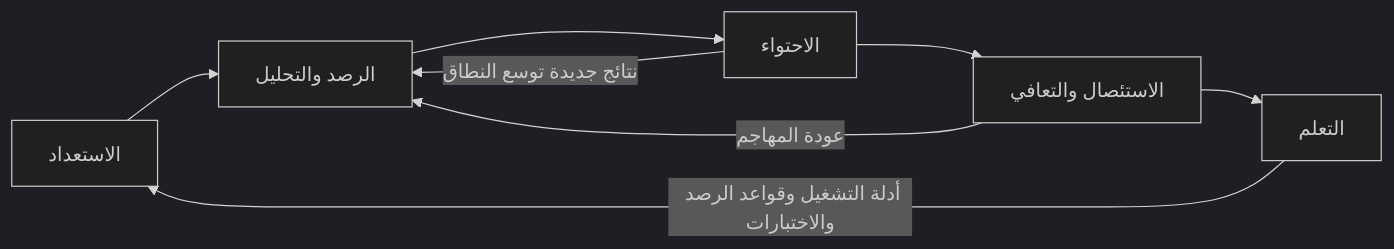
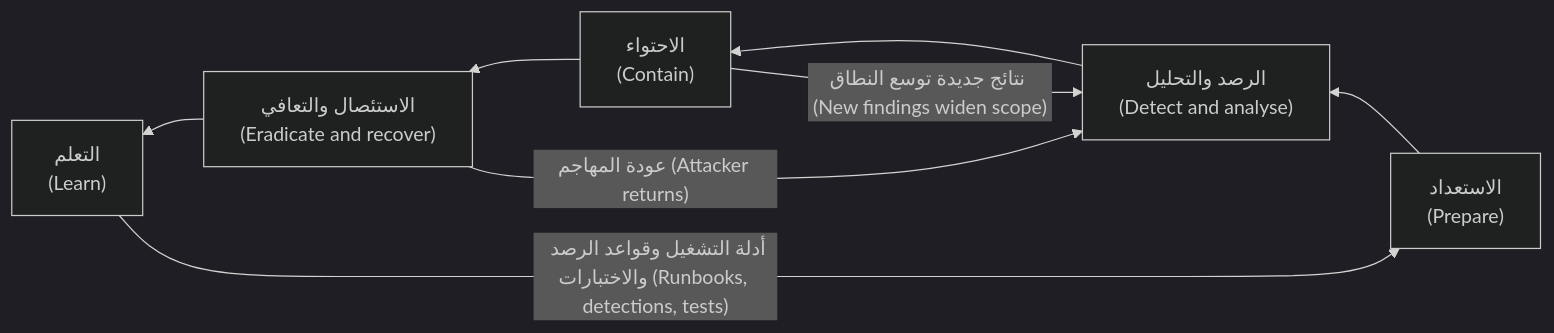
The second of 3 diagrams in secai/modules/10-response.ar.md (Tamoura/system-design-for-vibe-coders), drawn with Mermaid (dark theme) before and after one commit. The commit also changed other lines of this file and 11 other files, not shown here.

First line of the commit message:
Security course: Arabic modules 10–11 reviewed; RTL diagrams with English labels for modules 0–11

````diff
--- a/secai/modules/10-response.ar.md
+++ b/secai/modules/10-response.ar.md
@@ -336,10 +336,10 @@
 ```mermaid
-flowchart LR
-    P["الاستعداد"] --> D["الرصد والتحليل"]
-    D --> C["الاحتواء"]
-    C --> E["الاستئصال والتعافي"]
-    E --> L["التعلم"]
-    L -->|"أدلة التشغيل وقواعد الرصد والاختبارات"| P
-    C -->|"نتائج جديدة توسع النطاق"| D
-    E -->|"عودة المهاجم"| D
+flowchart RL
+    P["الاستعداد<br/>(Prepare)"] --> D["الرصد والتحليل<br/>(Detect and analyse)"]
+    D --> C["الاحتواء<br/>(Contain)"]
+    C --> E["الاستئصال والتعافي<br/>(Eradicate and recover)"]
+    E --> L["التعلم<br/>(Learn)"]
+    L -->|"أدلة التشغيل وقواعد الرصد والاختبارات (Runbooks, detections, tests)"| P
+    C -->|"نتائج جديدة توسع النطاق (New findings widen scope)"| D
+    E -->|"عودة المهاجم (Attacker returns)"| D
 ```
````
